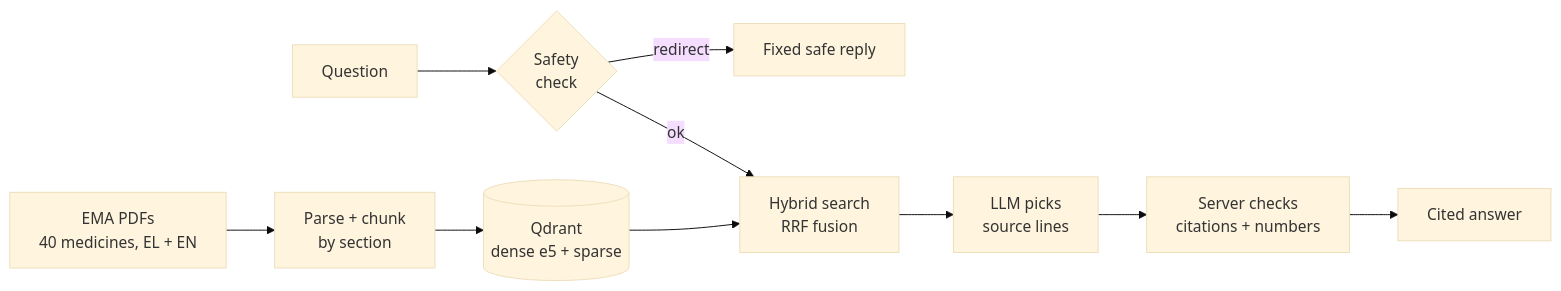
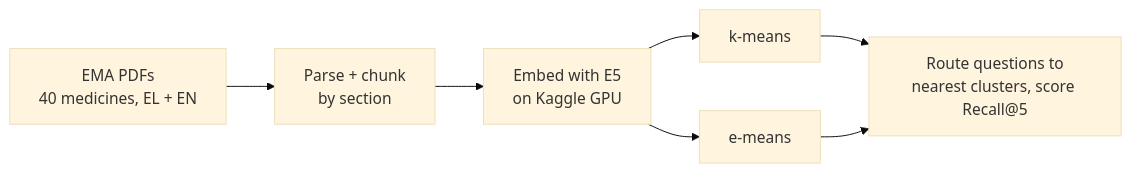
Before and after one commit to NickLitharis/medleaf-rag: the diagram in README.md, drawn with Mermaid (base theme). The commit also changed other lines of this file and 50 other files, not shown here.

````diff
--- a/README.md
+++ b/README.md
@@ -24,12 +19,9 @@
 ```mermaid
 flowchart LR
     A[EMA PDFs<br/>40 medicines, EL + EN] --> B[Parse + chunk<br/>by section]
-    B --> C[(Qdrant<br/>dense e5 + sparse)]
-    Q[Question] --> S{Safety<br/>check}
-    S -->|redirect| R[Fixed safe reply]
-    S -->|ok| H[Hybrid search<br/>RRF fusion]
-    C --> H
-    H --> L[LLM picks<br/>source lines]
-    L --> V[Server checks<br/>citations + numbers]
-    V --> O[Cited answer]
+    B --> C[Embed with E5<br/>on Kaggle GPU]
+    C --> D[k-means]
+    C --> E[e-means]
+    D --> F[Route questions to<br/>nearest clusters, score Recall@5]
+    E --> F
 ```
````
